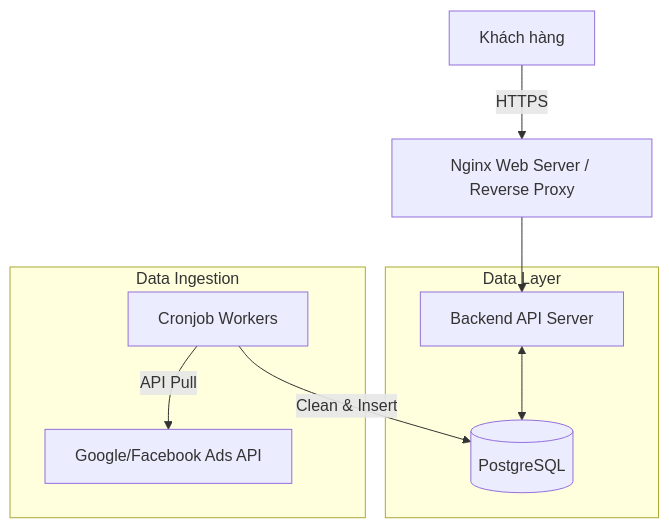
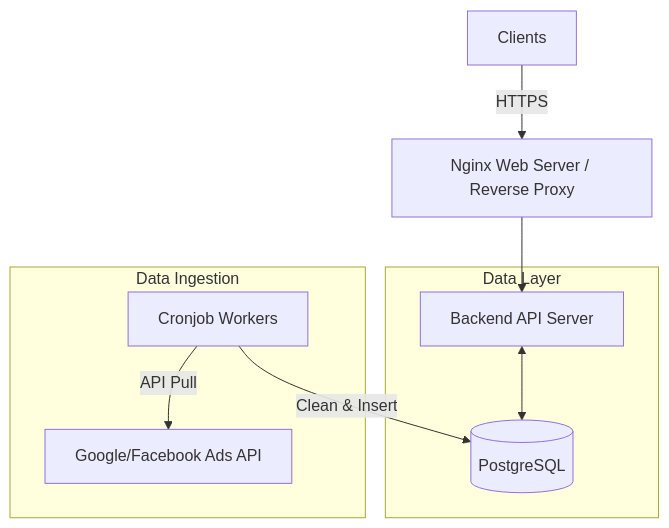
The diagram in src/data/blog/en/56-2026-09-21-designing-a-mid-acale-ad-performance-reporting-system-100-ccu.md (ga2631/ga2631.github.io), drawn with Mermaid before and after one commit. The commit also changed other lines of this file and 74 other files, not shown here.

````diff
--- a/src/data/blog/en/56-2026-09-21-designing-a-mid-acale-ad-performance-reporting-system-100-ccu.md
+++ b/src/data/blog/en/56-2026-09-21-designing-a-mid-acale-ad-performance-reporting-system-100-ccu.md
@@ -32,14 +32,14 @@
 ```mermaid
 graph TD
-    Client[Khách hàng] -->|HTTPS| Nginx[Nginx Web Server / Reverse Proxy]
+    Client[Clients] -->|HTTPS| Nginx[Nginx Web Server / Reverse Proxy]
     Nginx --> App[Backend API Server]
 
     subgraph Data Layer
         App <--> DB[(PostgreSQL)]
     end
 
     subgraph Data Ingestion
         Cron[Cronjob Workers] -->|API Pull| AdNetworks[Google/Facebook Ads API]
         Cron -->|Clean & Insert| DB
     end
 ```
````
